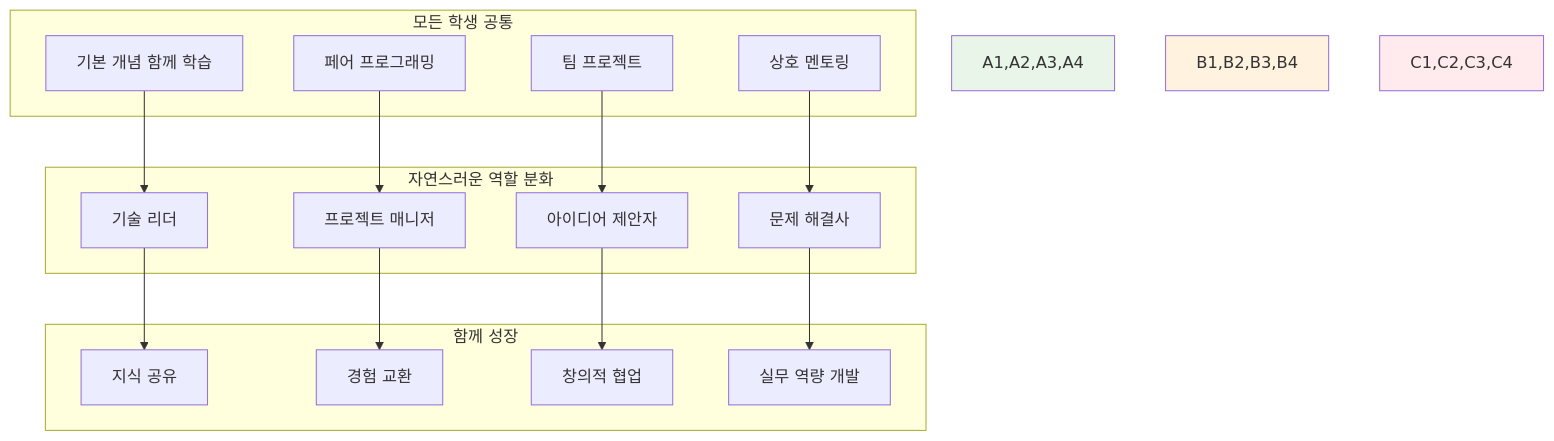
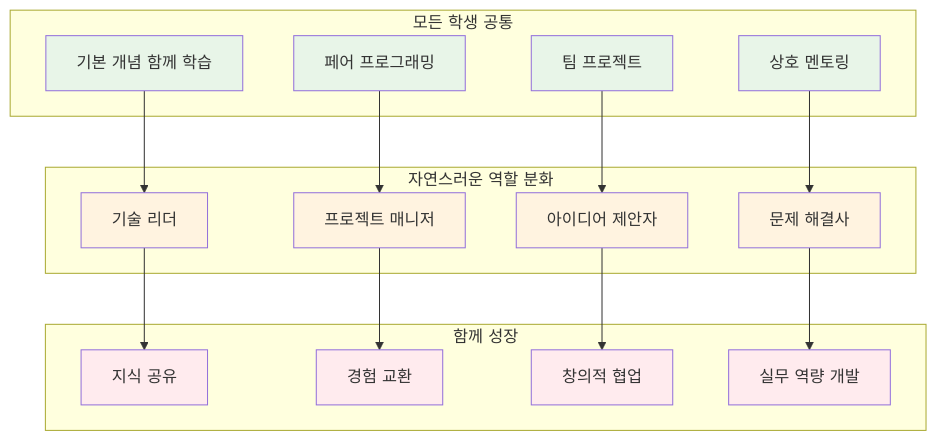
One commit to niceguy61/kdt_devops_lecture_2025 changed the first of 3 diagrams in README.md. Above: the diagram before and after it, drawn with Mermaid.

````diff
--- a/README.md
+++ b/README.md
@@ -39,36 +39,45 @@
 ```mermaid
 graph TB
     subgraph "모든 학생 공통"
         A1[기본 개념 함께 학습]
         A2[페어 프로그래밍]
         A3[팀 프로젝트]
         A4[상호 멘토링]
     end
     
     subgraph "자연스러운 역할 분화"
         B1[기술 리더]
         B2[프로젝트 매니저]
         B3[아이디어 제안자]
         B4[문제 해결사]
     end
     
     subgraph "함께 성장"
         C1[지식 공유]
         C2[경험 교환]
         C3[창의적 협업]
         C4[실무 역량 개발]
     end
     
     A1 --> B1
     A2 --> B2
     A3 --> B3
     A4 --> B4
     B1 --> C1
     B2 --> C2
     B3 --> C3
     B4 --> C4
     
-    style A1,A2,A3,A4 fill:#e8f5e8
-    style B1,B2,B3,B4 fill:#fff3e0
-    style C1,C2,C3,C4 fill:#ffebee
+    style A1 fill:#e8f5e8
+    style A2 fill:#e8f5e8
+    style A3 fill:#e8f5e8
+    style A4 fill:#e8f5e8
+    style B1 fill:#fff3e0
+    style B2 fill:#fff3e0
+    style B3 fill:#fff3e0
+    style B4 fill:#fff3e0
+    style C1 fill:#ffebee
+    style C2 fill:#ffebee
+    style C3 fill:#ffebee
+    style C4 fill:#ffebee
 ```
````
